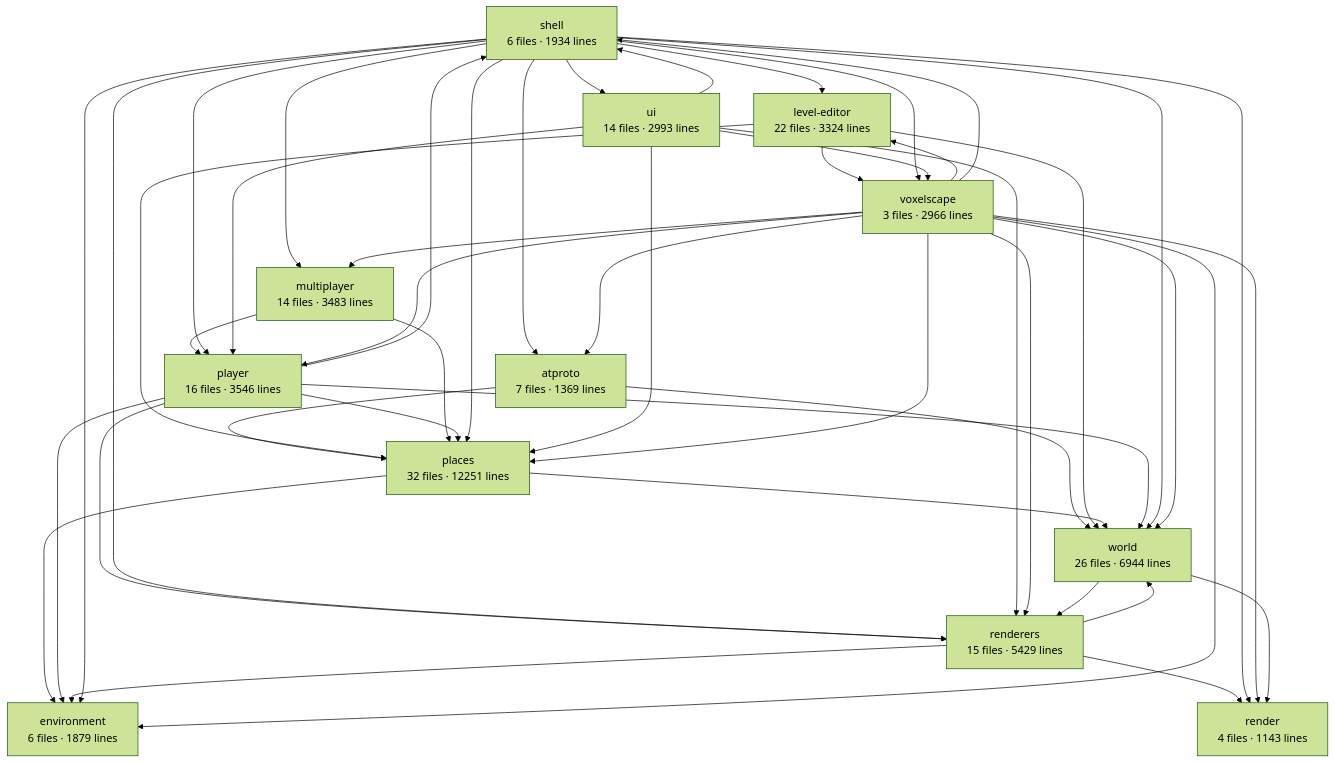
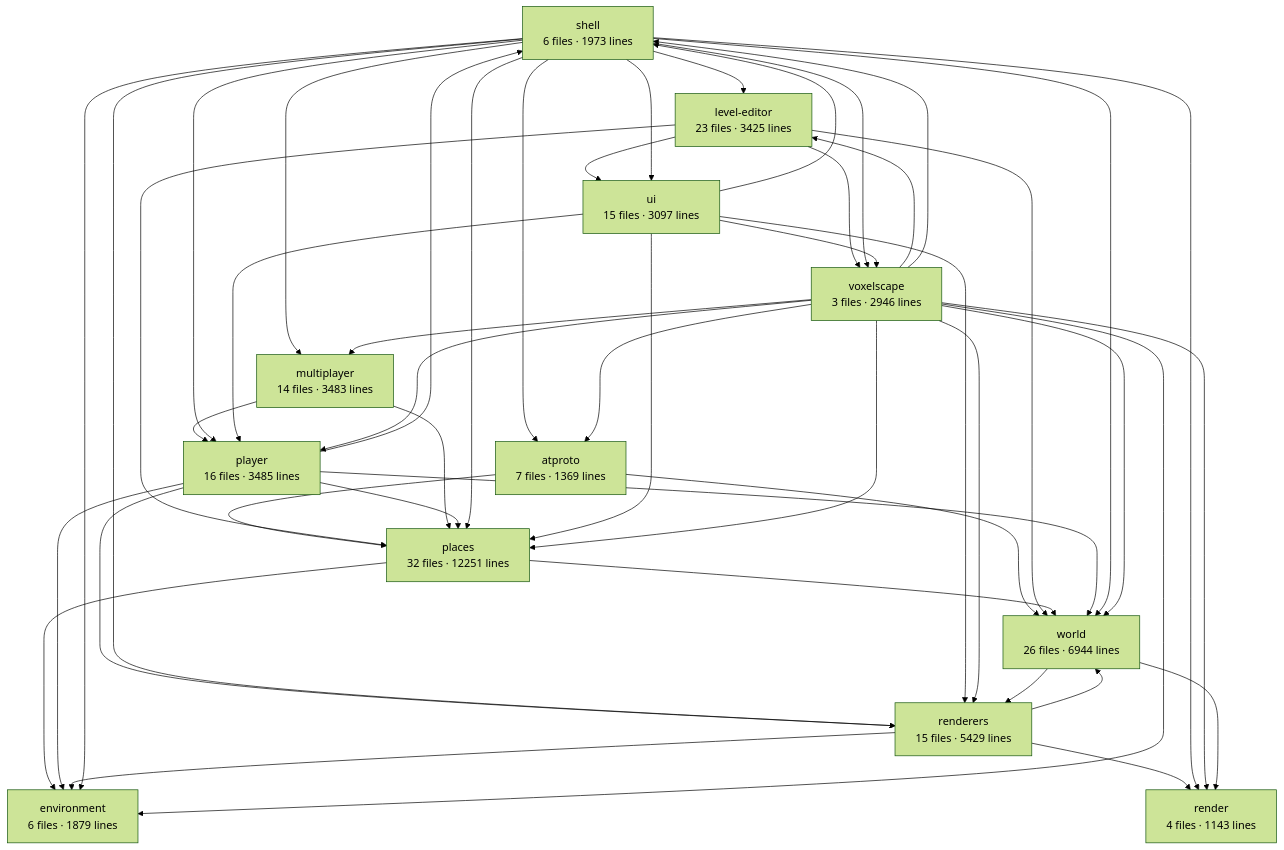
Before and after one commit to big-mesh-studios/big-mesh-studios: the diagram in apps/voxelscape/docs/architecture.md, drawn with Mermaid (forest theme). The commit also changed other lines of this file and 21 other files, not shown here.

````diff
--- a/apps/voxelscape/docs/architecture.md
+++ b/apps/voxelscape/docs/architecture.md
@@ -6,60 +6,61 @@
 ```mermaid
 graph TD
-  shell["shell<br/>6 files · 1934 lines"]
-  voxelscape["voxelscape<br/>3 files · 2966 lines"]
+  shell["shell<br/>6 files · 1973 lines"]
+  voxelscape["voxelscape<br/>3 files · 2946 lines"]
   world["world<br/>26 files · 6944 lines"]
   renderers["renderers<br/>15 files · 5429 lines"]
   render["render<br/>4 files · 1143 lines"]
-  player["player<br/>16 files · 3546 lines"]
+  player["player<br/>16 files · 3485 lines"]
   multiplayer["multiplayer<br/>14 files · 3483 lines"]
   places["places<br/>32 files · 12251 lines"]
   environment["environment<br/>6 files · 1879 lines"]
   atproto["atproto<br/>7 files · 1369 lines"]
-  ui["ui<br/>14 files · 2993 lines"]
-  level-editor["level-editor<br/>22 files · 3324 lines"]
+  ui["ui<br/>15 files · 3097 lines"]
+  level-editor["level-editor<br/>23 files · 3425 lines"]
   atproto --> places
   atproto --> world
   level-editor --> places
+  level-editor --> ui
   level-editor --> voxelscape
   level-editor --> world
   multiplayer --> places
   multiplayer --> player
   places --> environment
   places --> world
   player --> environment
   player --> places
   player --> renderers
   player --> shell
   player --> world
   renderers --> environment
   renderers --> render
   renderers --> world
   shell --> atproto
   shell --> environment
   shell --> level-editor
   shell --> multiplayer
   shell --> places
   shell --> player
   shell --> render
   shell --> renderers
   shell --> ui
   shell --> voxelscape
   shell --> world
   ui --> places
   ui --> player
   ui --> renderers
   ui --> shell
   ui --> voxelscape
   voxelscape --> atproto
   voxelscape --> environment
   voxelscape --> level-editor
   voxelscape --> multiplayer
   voxelscape --> places
   voxelscape --> player
   voxelscape --> render
   voxelscape --> renderers
   voxelscape --> shell
   voxelscape --> world
   world --> render
   world --> renderers
 ```
````
